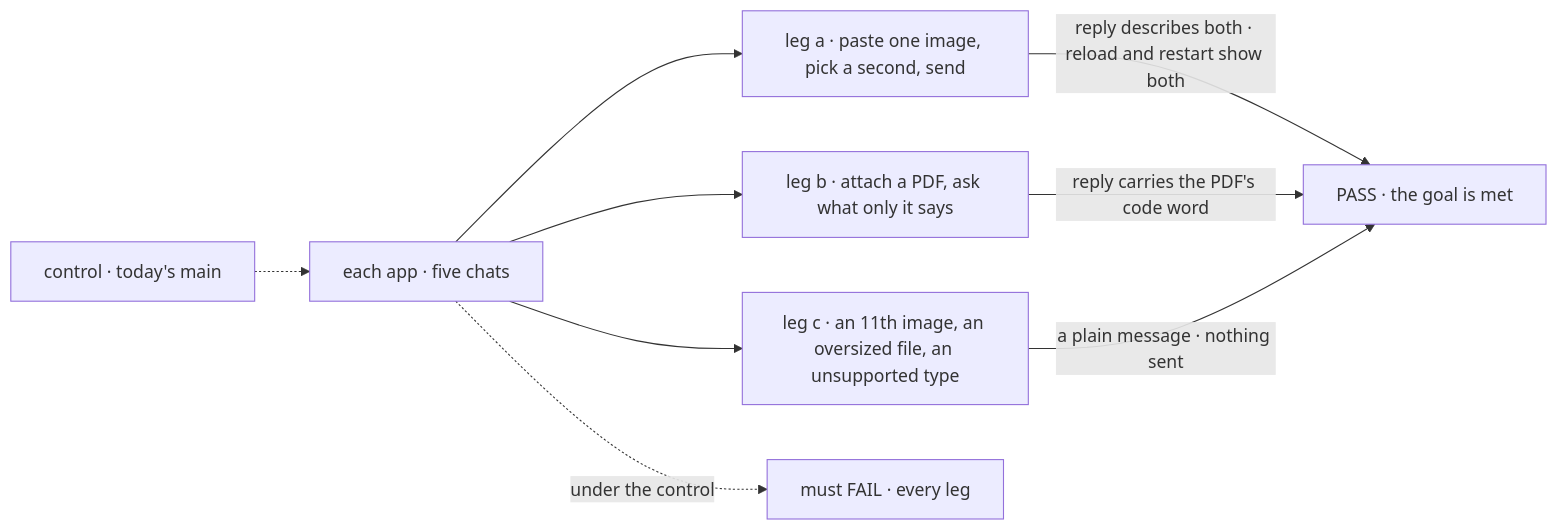
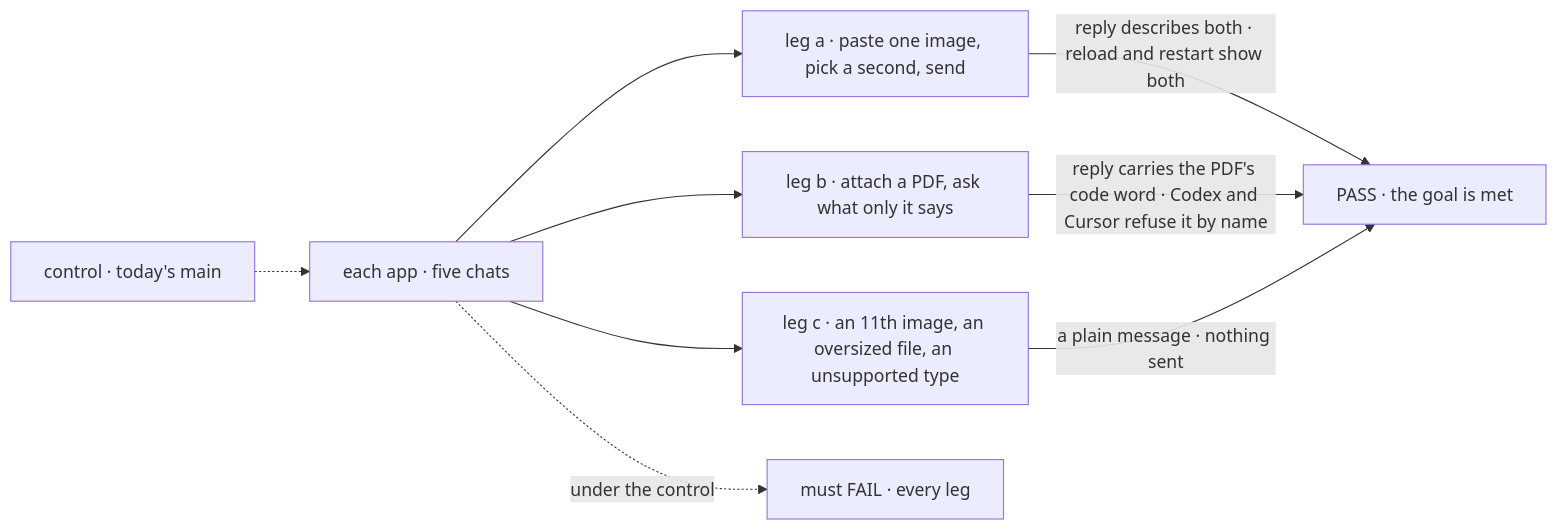
One commit to fixpoint-labs/flow-state-dev changed the first of 2 diagrams in specs/epics/FIX-2516/SPEC.md. Above: the diagram before and after it, drawn with Mermaid. The commit also changed other lines of this file and 39 other files, not shown here.

````diff
--- a/specs/epics/FIX-2516/SPEC.md
+++ b/specs/epics/FIX-2516/SPEC.md
@@ -33,11 +33,11 @@
 ```mermaid
 flowchart LR
   A["each app · five chats"] --> L1["leg a · paste one image, pick a second, send"]
   A --> L2["leg b · attach a PDF, ask what only it says"]
   A --> L3["leg c · an 11th image, an oversized file, an unsupported type"]
   L1 -->|"reply describes both · reload and restart show both"| P["PASS · the goal is met"]
-  L2 -->|"reply carries the PDF's code word"| P
+  L2 -->|"reply carries the PDF's code word · Codex and Cursor refuse it by name"| P
   L3 -->|"a plain message · nothing sent"| P
   C["control · today's main"] -.-> A
   A -.->|"under the control"| F["must FAIL · every leg"]
 ```
````
